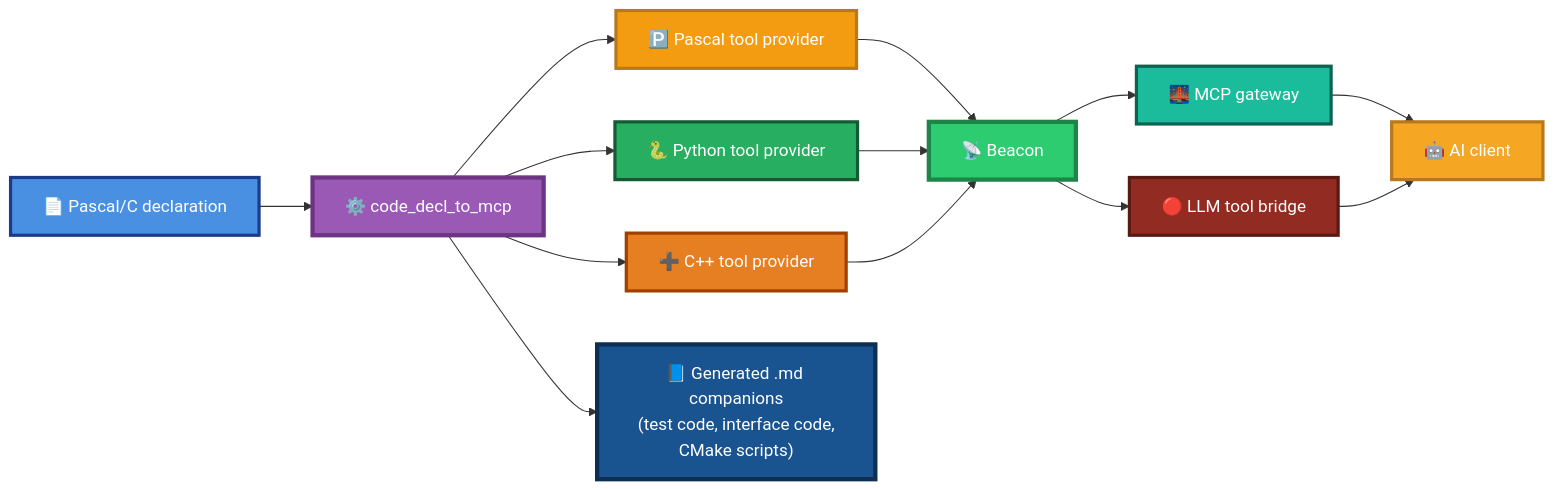
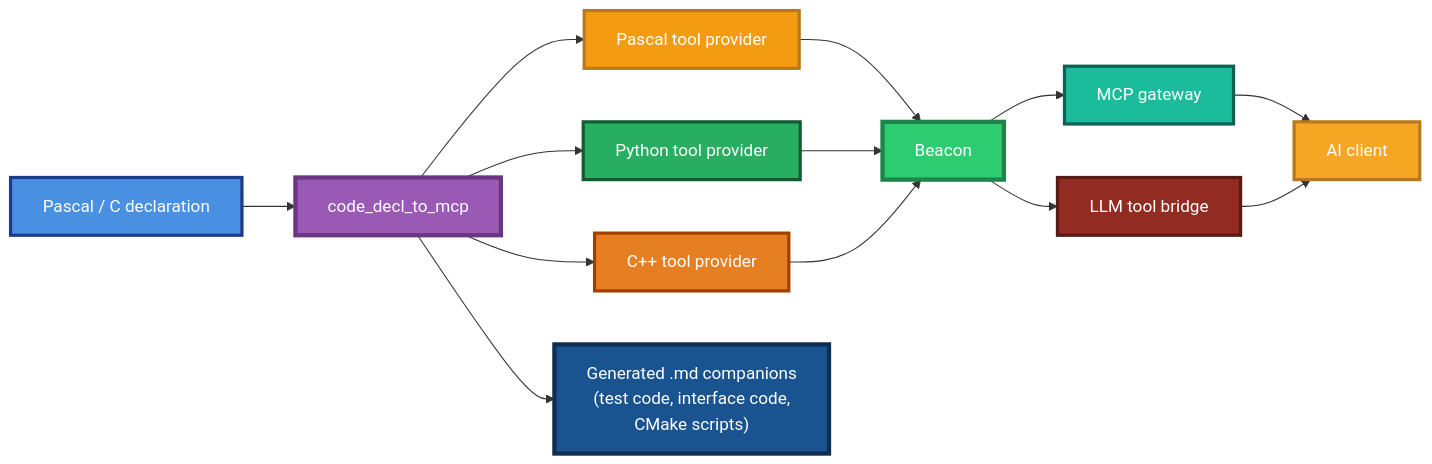
The first of 3 diagrams in src/pascal_c_to_mcp/code_generate_mcp.md (PassByYou888/LingoFuse-Tools), drawn with Mermaid before and after one commit. The commit also changed other lines of this file and 35 other files, not shown here.

````diff
--- a/src/pascal_c_to_mcp/code_generate_mcp.md
+++ b/src/pascal_c_to_mcp/code_generate_mcp.md
@@ -45,26 +45,26 @@
 ```mermaid
 flowchart LR
-    A["📄 Pascal/C declaration"] --> B["⚙️ code_decl_to_mcp"]
-    B --> C1["🅿️ Pascal tool provider"]
-    B --> C2["🐍 Python tool provider"]
-    B --> C3["➕ C++ tool provider"]
-    B --> MD["📘 Generated .md companions<br/>(test code, interface code,<br/>CMake scripts)"]
-    C1 --> D["📡 Beacon"]
+    A["Pascal / C declaration"] --> B["code_decl_to_mcp"]
+    B --> C1["Pascal tool provider"]
+    B --> C2["Python tool provider"]
+    B --> C3["C++ tool provider"]
+    B --> MD["Generated .md companions<br/>(test code, interface code,<br/>CMake scripts)"]
+    C1 --> D["Beacon"]
     C2 --> D
     C3 --> D
-    D --> E1["🌉 MCP gateway"]
-    D --> E2["🔴 LLM tool bridge"]
-    E1 --> F["🤖 AI client"]
+    D --> E1["MCP gateway"]
+    D --> E2["LLM tool bridge"]
+    E1 --> F["AI client"]
     E2 --> F
 
     style A fill:#4A90E2,stroke:#1E3A8A,stroke-width:3px,color:#FFFFFF
     style B fill:#9B59B6,stroke:#6C3483,stroke-width:4px,color:#FFFFFF
     style C1 fill:#F39C12,stroke:#B7791F,stroke-width:3px,color:#FFFFFF
     style C2 fill:#27AE60,stroke:#145A32,stroke-width:3px,color:#FFFFFF
     style C3 fill:#E67E22,stroke:#A04000,stroke-width:3px,color:#FFFFFF
     style MD fill:#1A5490,stroke:#0D2F52,stroke-width:4px,color:#FFFFFF
     style D fill:#2ECC71,stroke:#1E8449,stroke-width:4px,color:#FFFFFF
     style E1 fill:#1ABC9C,stroke:#0E6251,stroke-width:3px,color:#FFFFFF
     style E2 fill:#922B21,stroke:#5A1A14,stroke-width:3px,color:#FFFFFF
     style F fill:#F5A623,stroke:#B7791F,stroke-width:3px,color:#FFFFFF
 ```
````
